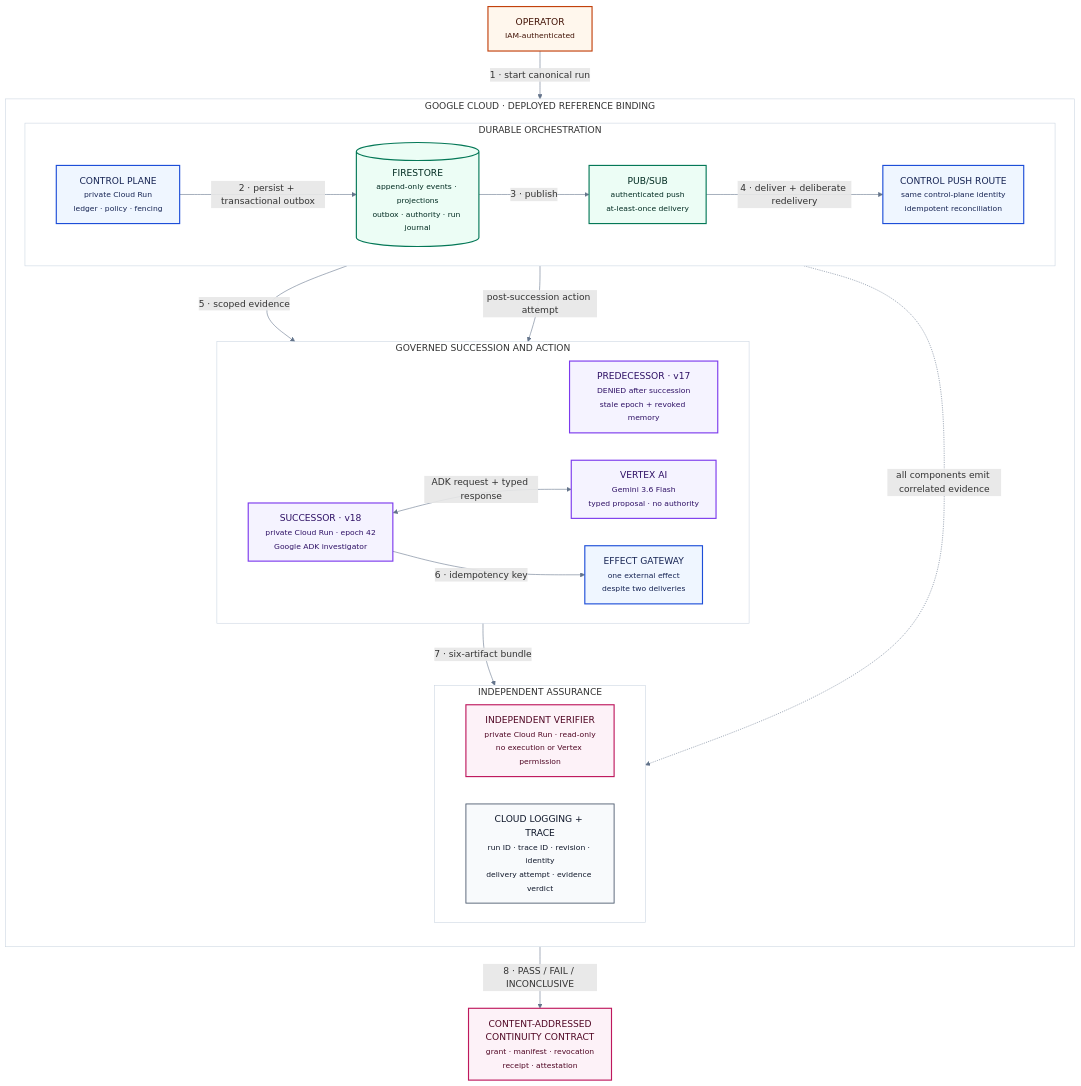
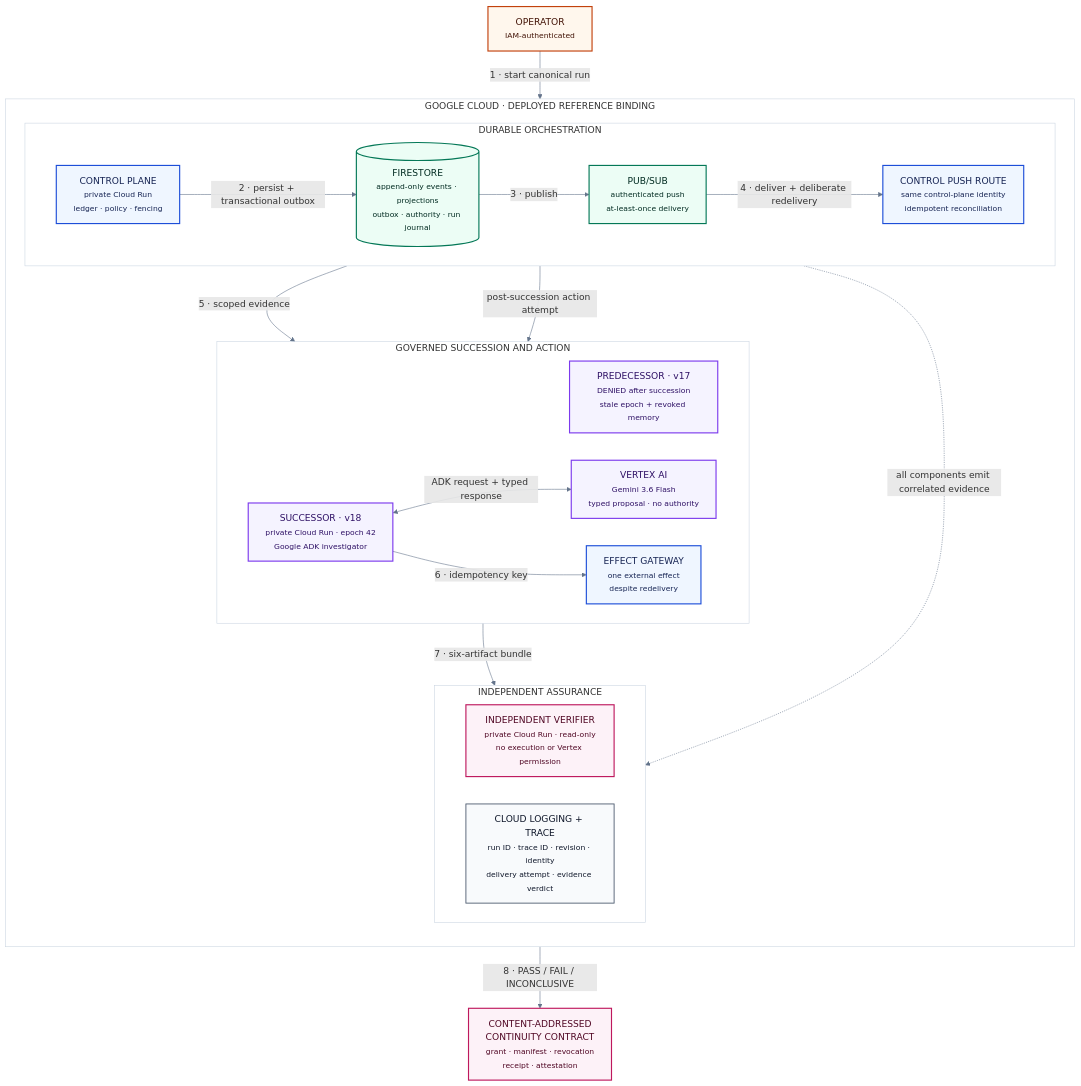
The diagram in docs/diagrams/architecture.mmd (milos-plavsic/continuum), drawn with Mermaid before and after one commit. The commit also changed 8 other files, not shown here.

```diff
--- a/docs/diagrams/architecture.mmd
+++ b/docs/diagrams/architecture.mmd
@@ -1,53 +1,53 @@
 %%{init: {"flowchart": {"curve": "basis", "nodeSpacing": 48, "rankSpacing": 60}, "themeVariables": {"fontFamily": "Arial, sans-serif", "primaryTextColor": "#172033", "lineColor": "#64748B", "clusterBkg": "#FFFFFF", "clusterBorder": "#CBD5E1"}}}%%
 flowchart TB
   classDef human fill:#FFF7ED,stroke:#C2410C,color:#431407,stroke-width:2px
   classDef control fill:#EFF6FF,stroke:#1D4ED8,color:#172554,stroke-width:2px
   classDef agent fill:#F5F3FF,stroke:#7C3AED,color:#2E1065,stroke-width:2px
   classDef state fill:#ECFDF5,stroke:#047857,color:#022C22,stroke-width:2px
   classDef verify fill:#FDF2F8,stroke:#BE185D,color:#500724,stroke-width:2px
   classDef observe fill:#F8FAFC,stroke:#475569,color:#0F172A,stroke-width:1.5px
 
   OP["OPERATOR<br/><small>IAM-authenticated</small>"]:::human
 
   subgraph CLOUD["GOOGLE CLOUD · DEPLOYED REFERENCE BINDING"]
     direction TB
 
     subgraph DURABLE["DURABLE ORCHESTRATION"]
       direction LR
       CP["CONTROL PLANE<br/><small>private Cloud Run<br/>ledger · policy · fencing</small>"]:::control
 
       FS[("FIRESTORE<br/><small>append-only events · projections<br/>outbox · authority · run journal</small>")]:::state
       PS["PUB/SUB<br/><small>authenticated push<br/>at-least-once delivery</small>"]:::state
       PUSH["CONTROL PUSH ROUTE<br/><small>same control-plane identity<br/>idempotent reconciliation</small>"]:::control
     end
 
     subgraph ACTION["GOVERNED SUCCESSION AND ACTION"]
       direction LR
       V17["PREDECESSOR · v17<br/><small>DENIED after succession<br/>stale epoch + revoked memory</small>"]:::agent
       V18["SUCCESSOR · v18<br/><small>private Cloud Run · epoch 42<br/>Google ADK investigator</small>"]:::agent
       VX["VERTEX AI<br/><small>Gemini 3.6 Flash<br/>typed proposal · no authority</small>"]:::agent
-      FX["EFFECT GATEWAY<br/><small>one external effect<br/>despite two deliveries</small>"]:::control
+      FX["EFFECT GATEWAY<br/><small>one external effect<br/>despite redelivery</small>"]:::control
     end
 
     subgraph ASSURANCE["INDEPENDENT ASSURANCE"]
       direction LR
       IV["INDEPENDENT VERIFIER<br/><small>private Cloud Run · read-only<br/>no execution or Vertex permission</small>"]:::verify
       OBS["CLOUD LOGGING + TRACE<br/><small>run ID · trace ID · revision · identity<br/>delivery attempt · evidence verdict</small>"]:::observe
     end
   end
 
   CC["CONTENT-ADDRESSED<br/>CONTINUITY CONTRACT<br/><small>grant · manifest · revocation<br/>receipt · attestation</small>"]:::verify
 
   OP -->|"1 · start canonical run"| CP
   CP -->|"2 · persist + transactional outbox"| FS
   FS -->|"3 · publish"| PS
   PS -->|"4 · deliver + deliberate redelivery"| PUSH
   PUSH -->|"5 · scoped evidence"| V18
   V18 <-->|"ADK request + typed response"| VX
   V18 -->|"6 · idempotency key"| FX
 
   CP -->|"post-succession action attempt"| V17
   FX -->|"7 · six-artifact bundle"| IV
   IV -->|"8 · PASS / FAIL / INCONCLUSIVE"| CC
 
   PUSH -. "all components emit correlated evidence" .-> OBS
```
